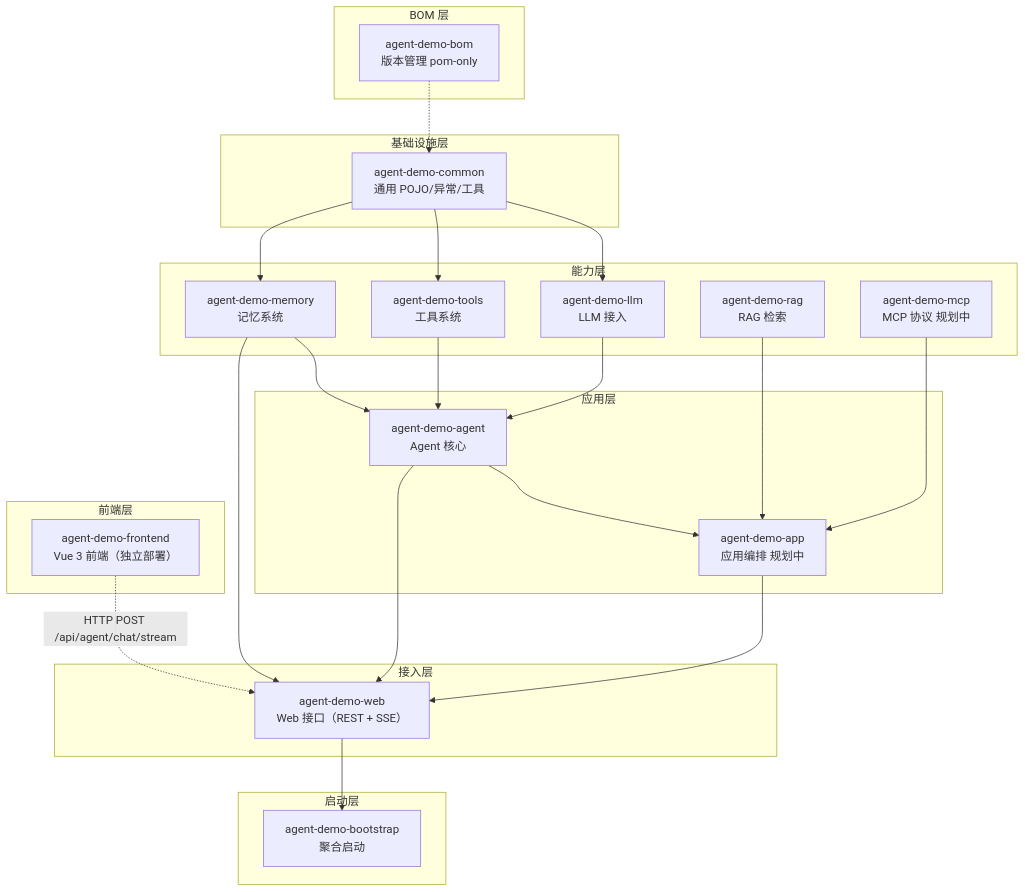
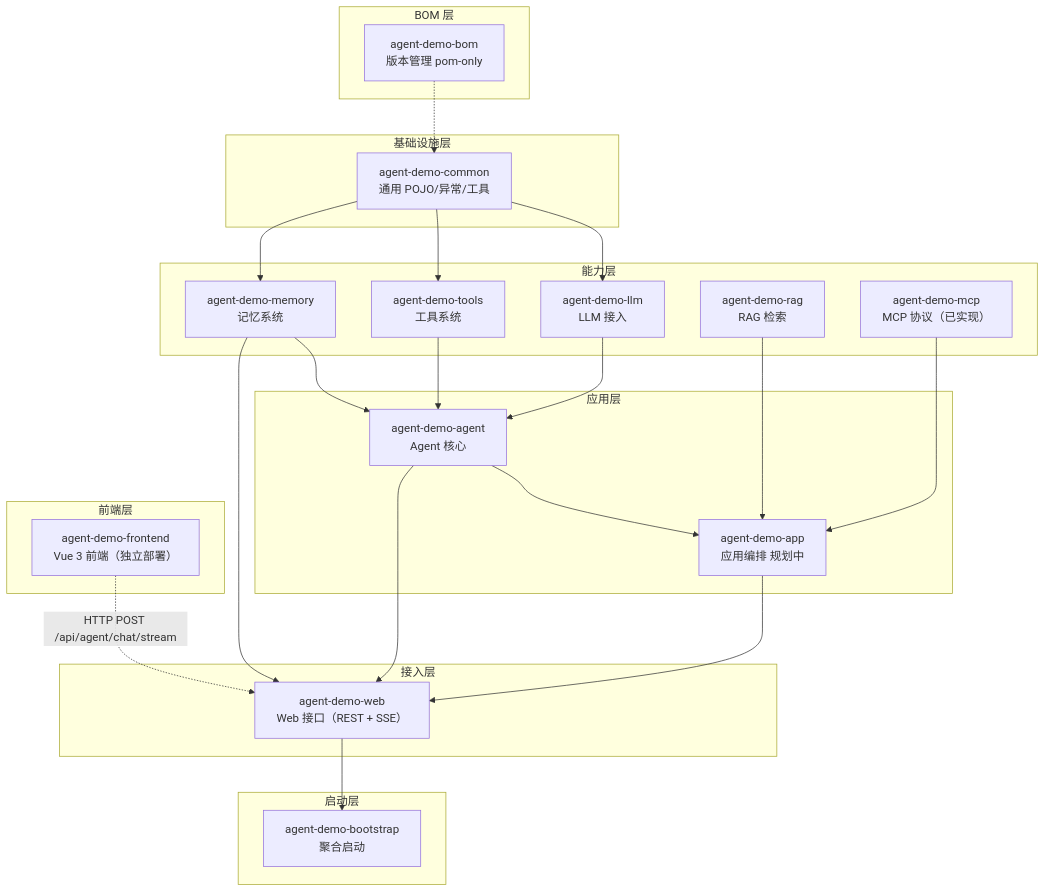
The fifth of 10 diagrams in specs/技术架构文档-TOGAF.md (zxchengQQ/agent_demo), drawn with Mermaid before and after one commit. The commit also changed other lines of this file and 103 other files, not shown here.

````diff
--- a/specs/技术架构文档-TOGAF.md
+++ b/specs/技术架构文档-TOGAF.md
@@ -202,51 +202,51 @@
 ```mermaid
 graph TB
     subgraph "BOM 层"
         DEP["agent-demo-bom<br/>版本管理 pom-only"]
     end
 
     subgraph "基础设施层"
         FW_COMMON["agent-demo-common<br/>通用 POJO/异常/工具"]
     end
 
     subgraph "能力层"
         M_LLM["agent-demo-llm<br/>LLM 接入"]
         M_TOOLS["agent-demo-tools<br/>工具系统"]
         M_MEM["agent-demo-memory<br/>记忆系统"]
         M_RAG["agent-demo-rag<br/>RAG 检索"]
-        M_MCP["agent-demo-mcp<br/>MCP 协议 规划中"]
+        M_MCP["agent-demo-mcp<br/>MCP 协议（已实现）"]
     end
 
     subgraph "应用层"
         M_AGENT["agent-demo-agent<br/>Agent 核心"]
         M_APP["agent-demo-app<br/>应用编排 规划中"]
     end
 
     subgraph "接入层"
         M_WEB["agent-demo-web<br/>Web 接口（REST + SSE）"]
     end
 
     subgraph "前端层"
         M_FE["agent-demo-frontend<br/>Vue 3 前端（独立部署）"]
     end
 
     subgraph "启动层"
         M_BOOT["agent-demo-bootstrap<br/>聚合启动"]
     end
 
     DEP -.-> FW_COMMON
     FW_COMMON --> M_LLM
     FW_COMMON --> M_TOOLS
     FW_COMMON --> M_MEM
     M_LLM --> M_AGENT
     M_TOOLS --> M_AGENT
     M_MEM --> M_AGENT
     M_AGENT --> M_APP
     M_RAG --> M_APP
     M_MCP --> M_APP
     M_APP --> M_WEB
     M_AGENT --> M_WEB
     M_MEM --> M_WEB
     M_WEB --> M_BOOT
     M_FE -.->|HTTP POST /api/agent/chat/stream| M_WEB
 ```
````
